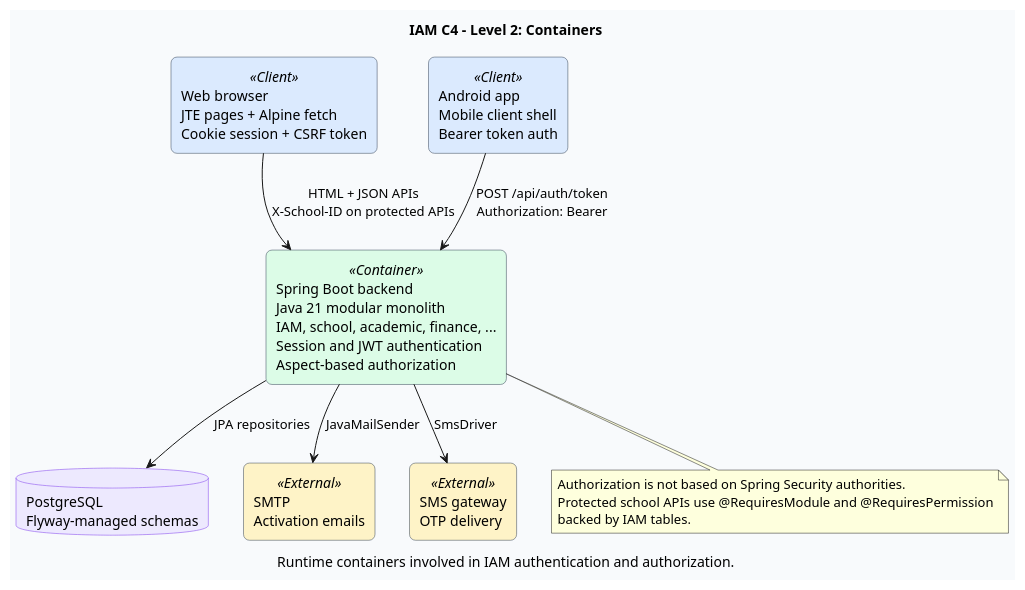
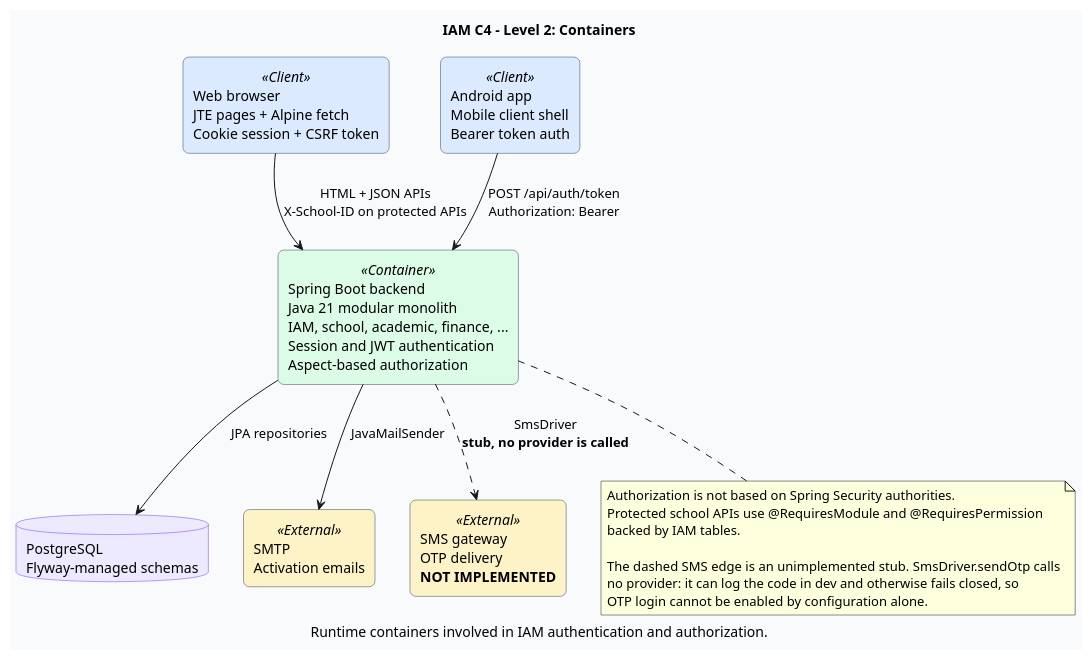
Before and after one commit to MEYSAMgh1370/school-project: the second of 6 diagrams in openspec/diagrams/iam-c4.puml, drawn with PlantUML. The commit also changed other lines of this file and 4 other files, not shown here.

First line of the commit message:
Mark SMS OTP delivery as a stub and fix the roles edge origin

```diff
--- a/openspec/diagrams/iam-c4.puml
+++ b/openspec/diagrams/iam-c4.puml
@@ -45,38 +49,42 @@
 @startuml iam_c4_containers
 title IAM C4 - Level 2: Containers
 caption Runtime containers involved in IAM authentication and authorization.
 
 skinparam shadowing false
 skinparam backgroundColor #F8FAFC
 skinparam defaultFontName Arial
 skinparam rectangle {
   BorderColor #334155
   RoundCorner 12
 }
 skinparam database {
   BorderColor #7C3AED
   BackgroundColor #EDE9FE
 }
 
 rectangle "Web browser\nJTE pages + Alpine fetch\nCookie session + CSRF token" as browser <<Client>> #DBEAFE
 rectangle "Android app\nMobile client shell\nBearer token auth" as android <<Client>> #DBEAFE
 
 rectangle "Spring Boot backend\nJava 21 modular monolith\nIAM, school, academic, finance, ...\nSession and JWT authentication\nAspect-based authorization" as backend <<Container>> #DCFCE7
 
 database "PostgreSQL\nFlyway-managed schemas" as db
 rectangle "SMTP\nActivation emails" as mail <<External>> #FEF3C7
-rectangle "SMS gateway\nOTP delivery" as sms <<External>> #FEF3C7
+rectangle "SMS gateway\nOTP delivery\n<b>NOT IMPLEMENTED</b>" as sms <<External>> #FEF3C7
 
 browser --> backend : HTML + JSON APIs\nX-School-ID on protected APIs
 android --> backend : POST /api/auth/token\nAuthorization: Bearer
 
 backend --> db : JPA repositories
 backend --> mail : JavaMailSender
-backend --> sms : SmsDriver
+backend ..> sms : SmsDriver\n<b>stub, no provider is called</b>
 
 note bottom of backend
 Authorization is not based on Spring Security authorities.
 Protected school APIs use @RequiresModule and @RequiresPermission
 backed by IAM tables.
+
+The dashed SMS edge is an unimplemented stub. SmsDriver.sendOtp calls
+no provider: it can log the code in dev and otherwise fails closed, so
+OTP login cannot be enabled by configuration alone.
 end note
 @enduml
```
